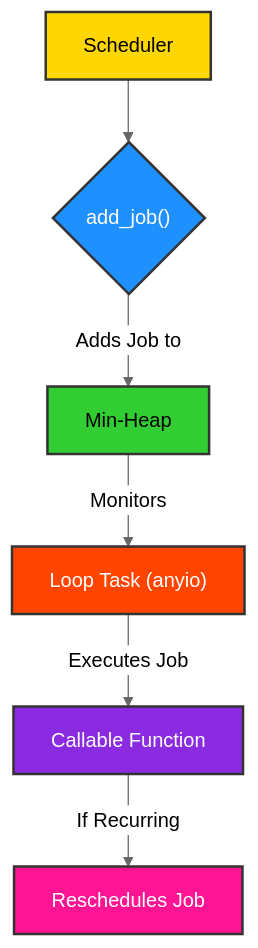
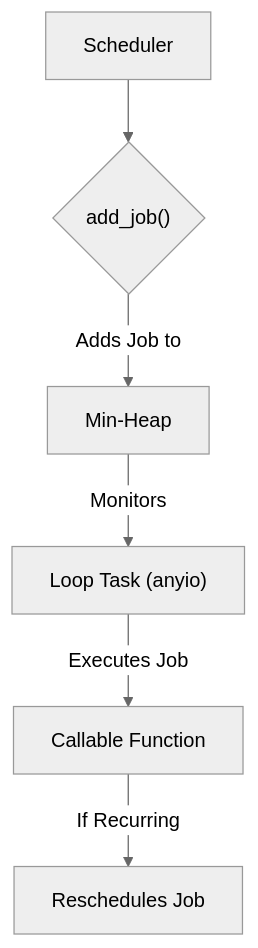
Before and after one commit to ikko/kind: the second of 4 diagrams in scheduler/docs/topic_scheduling/index.md, drawn with Mermaid (neutral theme). The commit also changed other lines of this file and 99 other files, not shown here.

````diff
--- a/scheduler/docs/topic_scheduling/index.md
+++ b/scheduler/docs/topic_scheduling/index.md
@@ -26,15 +21,9 @@
     ```mermaid
     graph TD
         A[Scheduler] --> B{add_job#40;#41;};
         B -- "Adds Job to" --> C[Min-Heap];;
         C -- "Monitors" --> D[Loop Task #40;anyio#41;];
         D -- "Executes Job" --> E[Callable Function];
         E -- "If Recurring" --> F[Reschedules Job];
 
-      style A fill:#FFD700,stroke:#333,stroke-width:2px,color:#000000;
-      style B fill:#1E90FF,stroke:#333,stroke-width:2px,color:#FFFFFF;
-      style C fill:#32CD32,stroke:#333,stroke-width:2px,color:#000000;
-      style D fill:#FF4500,stroke:#333,stroke-width:2px,color:#FFFFFF;
-      style E fill:#8A2BE2,stroke:#333,stroke-width:2px,color:#FFFFFF;
-      style F fill:#FF1493,stroke:#333,stroke-width:2px,color:#FFFFFF;
     ```
````
